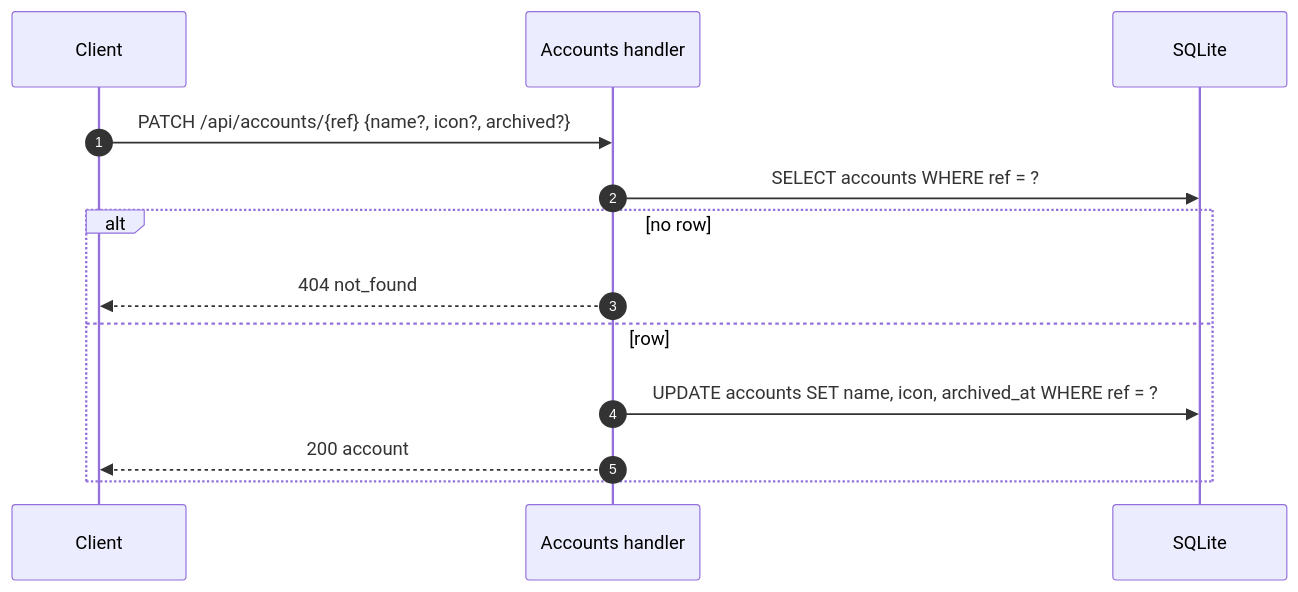
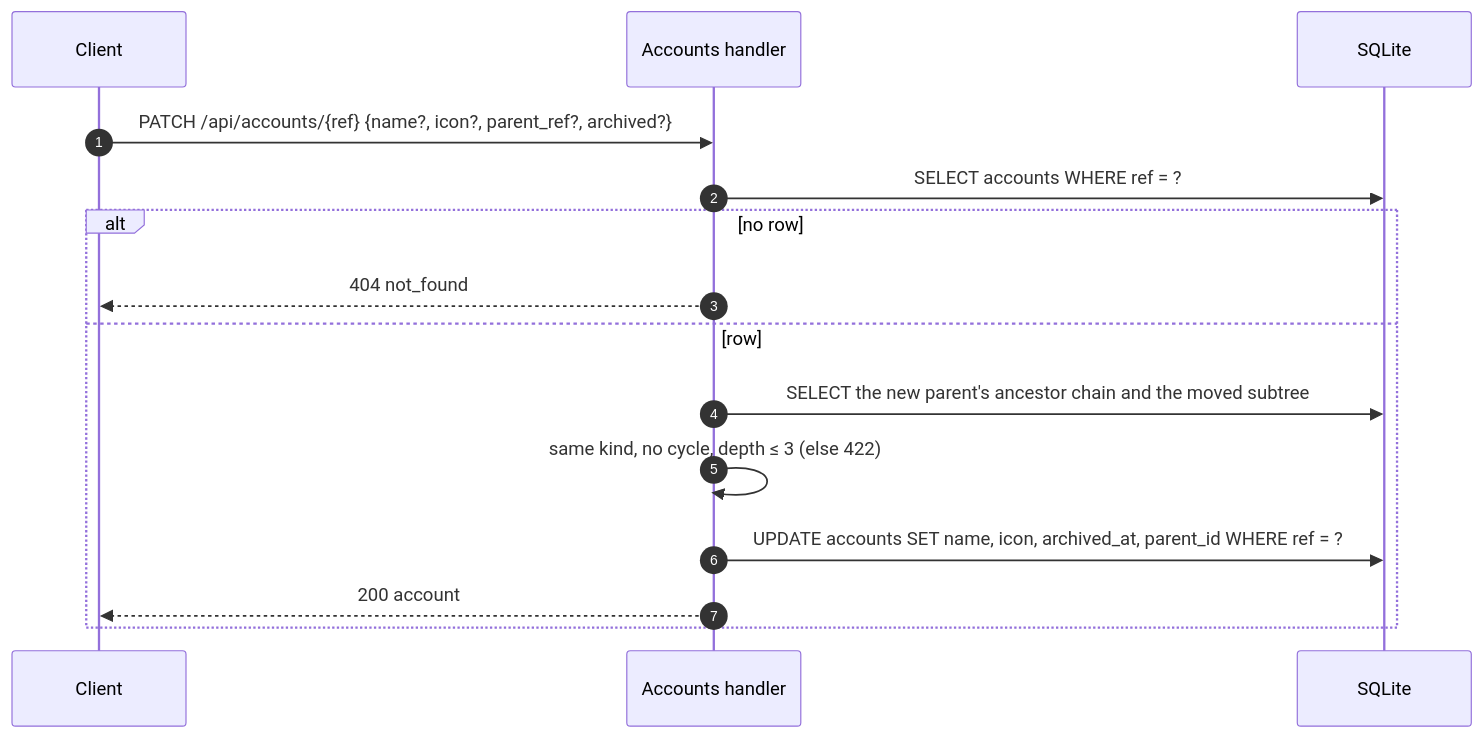
One commit to dimasbaguspm/spenicle changed the diagram in docs/endpoints/PATCH_api_accounts_ref.md. Above: the diagram before and after it, drawn with Mermaid. The commit also changed other lines of this file and 18 other files, not shown here.

````diff
--- a/docs/endpoints/PATCH_api_accounts_ref.md
+++ b/docs/endpoints/PATCH_api_accounts_ref.md
@@ -54,15 +60,17 @@
 ```mermaid
 sequenceDiagram
     autonumber
     participant C as Client
     participant H as Accounts handler
     participant DB as SQLite
-    C->>H: PATCH /api/accounts/{ref} {name?, icon?, archived?}
+    C->>H: PATCH /api/accounts/{ref} {name?, icon?, parent_ref?, archived?}
     H->>DB: SELECT accounts WHERE ref = ?
     alt no row
         H-->>C: 404 not_found
     else row
-        H->>DB: UPDATE accounts SET name, icon, archived_at WHERE ref = ?
+        H->>DB: SELECT the new parent's ancestor chain and the moved subtree
+        H->>H: same kind, no cycle, depth ≤ 3 (else 422)
+        H->>DB: UPDATE accounts SET name, icon, archived_at, parent_id WHERE ref = ?
         H-->>C: 200 account
     end
 ```
````
